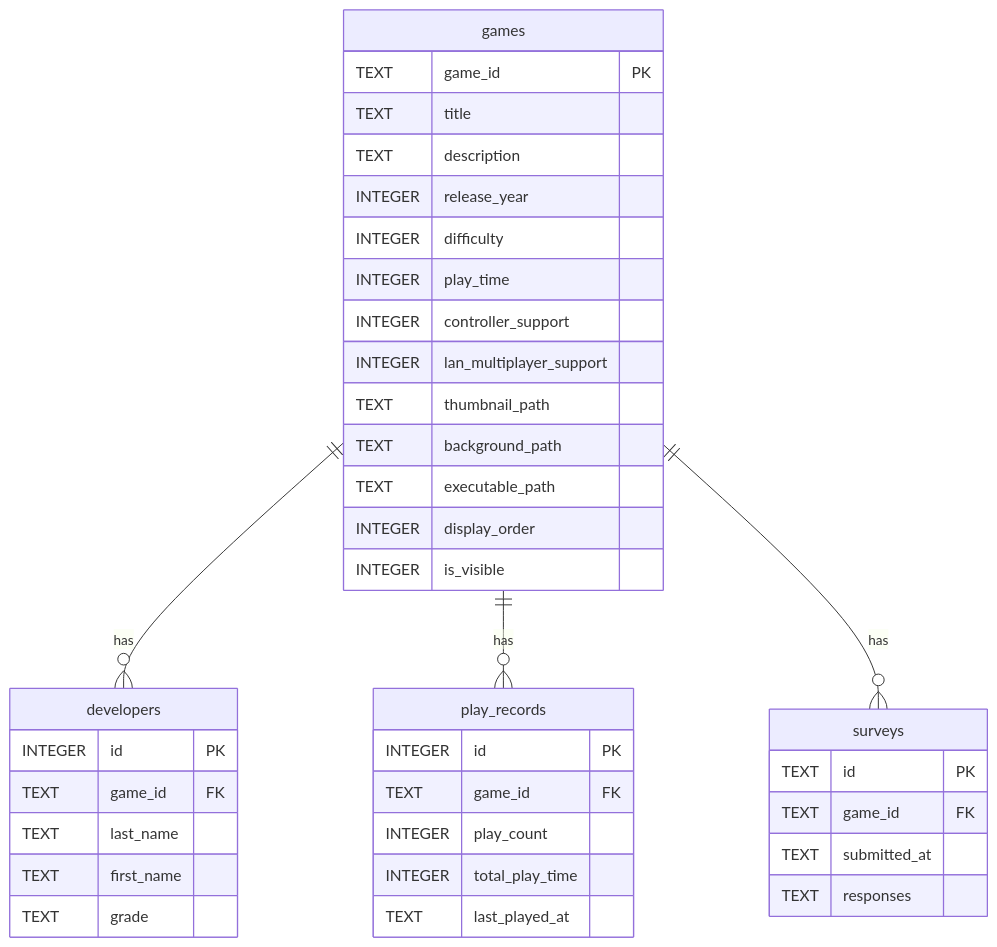
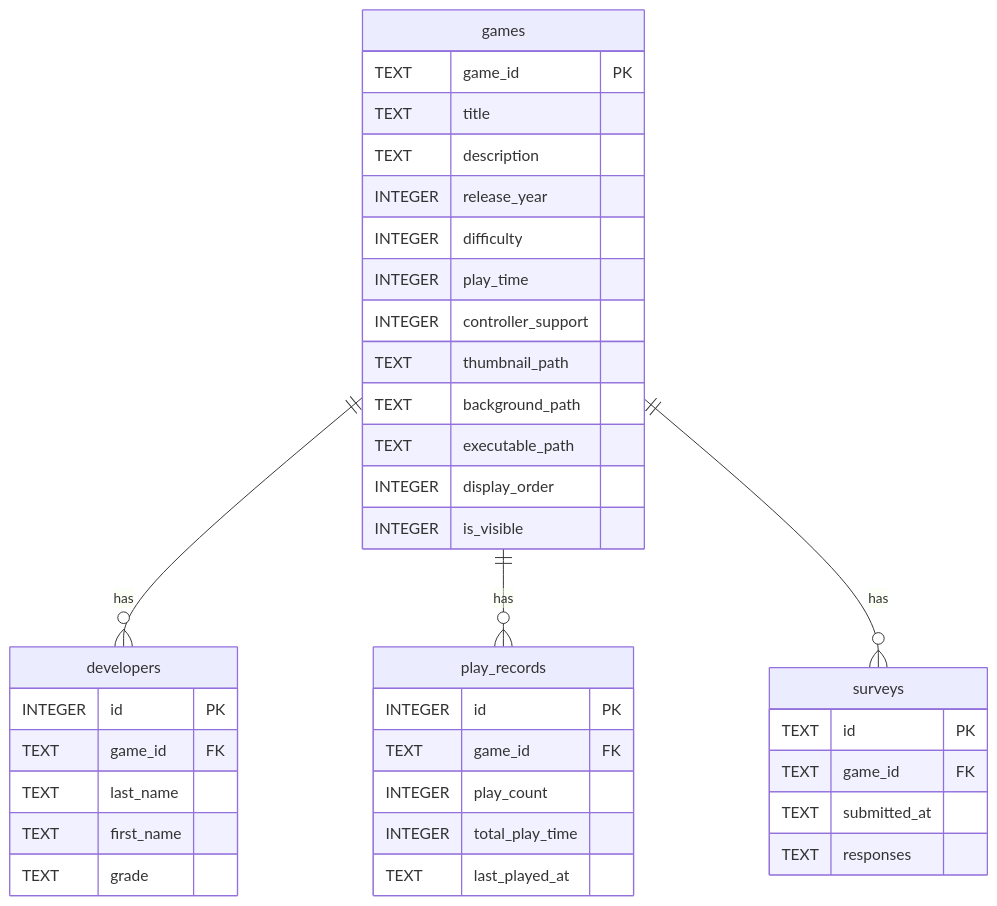
Before and after one commit to ken1208git/TonePrism: the second of 2 diagrams in SPECIFICATION.md, drawn with Mermaid. The commit also changed other lines of this file and 6 other files, not shown here.

````diff
--- a/SPECIFICATION.md
+++ b/SPECIFICATION.md
@@ -1248,41 +1246,40 @@
 ```mermaid
 erDiagram
     games ||--o{ developers : "has"
     games ||--o{ play_records : "has"
     games ||--o{ surveys : "has"
     games {
         TEXT game_id PK
         TEXT title
         TEXT description
         INTEGER release_year
         INTEGER difficulty
         INTEGER play_time
         INTEGER controller_support
-        INTEGER lan_multiplayer_support
         TEXT thumbnail_path
         TEXT background_path
         TEXT executable_path
         INTEGER display_order
         INTEGER is_visible
     }
     developers {
         INTEGER id PK
         TEXT game_id FK
         TEXT last_name
         TEXT first_name
         TEXT grade
     }
     play_records {
         INTEGER id PK
         TEXT game_id FK
         INTEGER play_count
         INTEGER total_play_time
         TEXT last_played_at
     }
     surveys {
         TEXT id PK
         TEXT game_id FK
         TEXT submitted_at
         TEXT responses
     }
 ```
````
